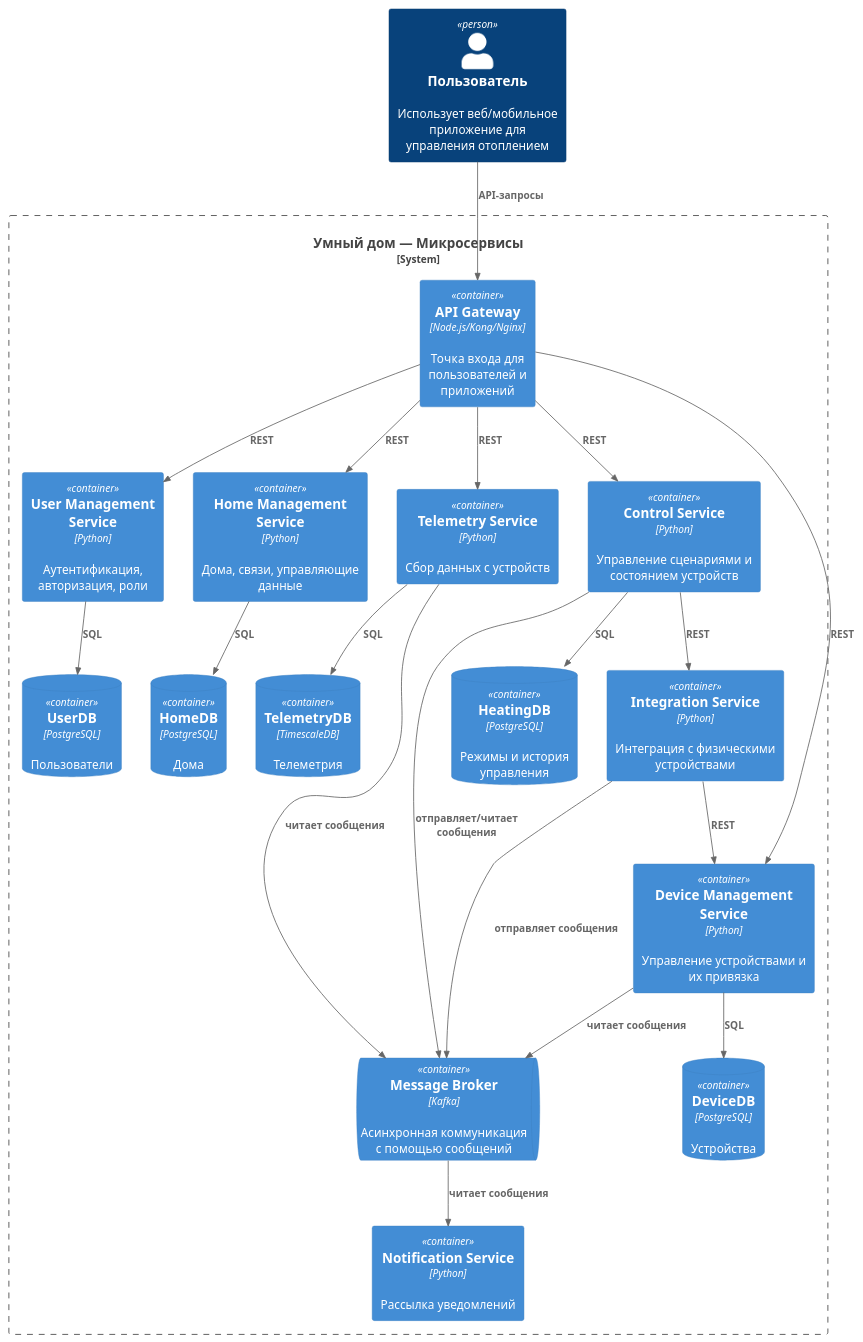
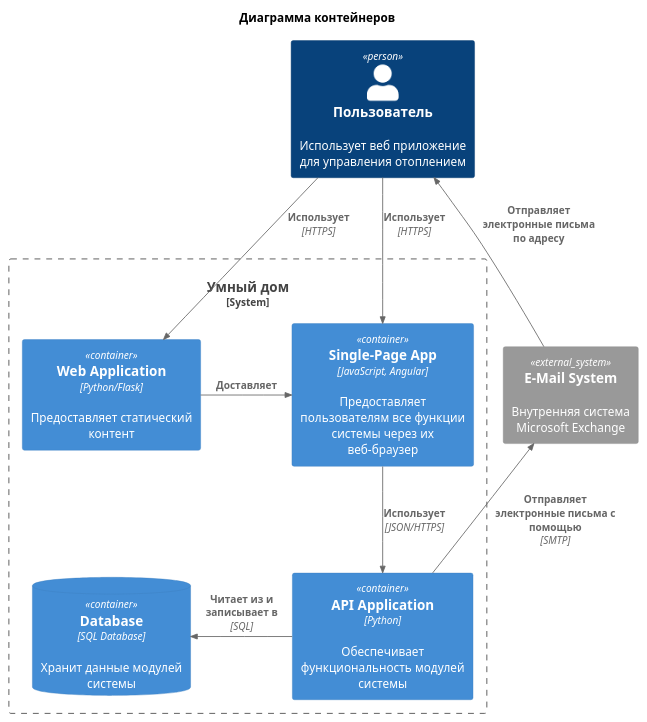
The diagram in sprint1_task2/container_diagram.puml (vdovinov/architecture-warmhouse), drawn with PlantUML before and after one commit. The commit also changed 1 other file, not shown here.

Commit message:
Refactor container_diagram.puml and add component_diagram.puml

```diff
--- a/sprint1_task2/container_diagram.puml
+++ b/sprint1_task2/container_diagram.puml
@@ -1,48 +1,29 @@
 @startuml
 !include https://raw.githubusercontent.com/plantuml-stdlib/C4-PlantUML/master/C4_Container.puml
 
-Person(user, "Пользователь", "Использует веб/мобильное приложение для управления отоплением")
-'Person(specialist, "Специалист компании", "Устанавливает устройства, сопровождает клиентов")
+'LAYOUT_WITH_LEGEND()
 
-System_Boundary(s1, "Умный дом — Микросервисы") {
-  Container(api_gateway, "API Gateway", "Node.js/Kong/Nginx", "Точка входа для пользователей и приложений")
-  Container(user_srv, "User Management Service", "Python", "Аутентификация, авторизация, роли")
-  Container(home_srv, "Home Management Service", "Python", "Дома, связи, управляющие данные")
-  Container(device_srv, "Device Management Service", "Python", "Управление устройствами и их привязка")
-  Container(telemetry_srv, "Telemetry Service", "Python", "Сбор данных с устройств")
-  Container(control_srv, "Control Service", "Python", "Управление сценариями и состоянием устройств")
-  Container(integration_srv, "Integration Service", "Python", "Интеграция с физическими устройствами")
-  Container(notify_srv, "Notification Service", "Python", "Рассылка уведомлений")
-  ContainerDb(userdb, "UserDB", "PostgreSQL", "Пользователи")
-  ContainerDb(homedb, "HomeDB", "PostgreSQL", "Дома")
-  ContainerDb(devicedb, "DeviceDB", "PostgreSQL", "Устройства")
-  ContainerDb(telemetrydb, "TelemetryDB", "TimescaleDB", "Телеметрия")
-  ContainerDb(heatingdb, "HeatingDB", "PostgreSQL", "Режимы и история управления")
-  ContainerQueue(broker, "Message Broker", "Kafka", "Асинхронная коммуникация с помощью сообщений")
-}
+title Диаграмма контейнеров
 
-Rel(user, api_gateway, "API-запросы")
-Rel(api_gateway, user_srv, "REST")
-Rel(api_gateway, home_srv, "REST")
-Rel(api_gateway, device_srv, "REST")
-Rel(api_gateway, control_srv, "REST")
-Rel(api_gateway, telemetry_srv, "REST")
+Person(user, "Пользователь", "Использует веб приложение для управления отоплением")
 
-'Rel(notify_srv, user, "получает данные email/push")
+System_Boundary(s1, "Умный дом") {
+  Container(web_app, "Web Application", "Python/Flask", "Предоставляет статический контент")
+  Container(spa, "Single-Page App", "JavaScript, Angular", "Предоставляет пользователям все функции системы через их веб-браузер")
+  ContainerDb(database, "Database", "SQL Database", "Хранит данные модулей системы")
+  Container(backend_api, "API Application", "Python", "Обеспечивает функциональность модулей системы")
+ }
 
-Rel(user_srv, userdb, "SQL")
-Rel(home_srv, homedb, "SQL")
-Rel(device_srv, devicedb, "SQL")
-Rel(telemetry_srv, telemetrydb, "SQL")
-Rel(control_srv, heatingdb, "SQL")
+System_Ext(email_system, "E-Mail System", "Внутренняя система Microsoft Exchange")
 
-Rel(control_srv, integration_srv, "REST")
-Rel(integration_srv, device_srv, "REST")
-Rel(integration_srv, broker, "отправляет сообщения")
-Rel(device_srv, broker, "читает сообщения")
-Rel(telemetry_srv, broker, "читает сообщения")
-Rel(control_srv, broker, "отправляет/читает сообщения")
+Rel(user, web_app, "Использует", "HTTPS")
+Rel(user, spa, "Использует", "HTTPS")
 
-Rel(broker, notify_srv, "читает сообщения")
+Rel_Neighbor(web_app, spa, "Доставляет")
+Rel(spa, backend_api, "Использует", "JSON/HTTPS")
+Rel_Back_Neighbor(database, backend_api, "Читает из и записывает в", "SQL")
+
+Rel_Back(user, email_system, "Отправляет электронные письма по адресу")
+Rel_Back(email_system, backend_api, "Отправляет электронные письма с помощью", "SMTP")
 
 @enduml
```
